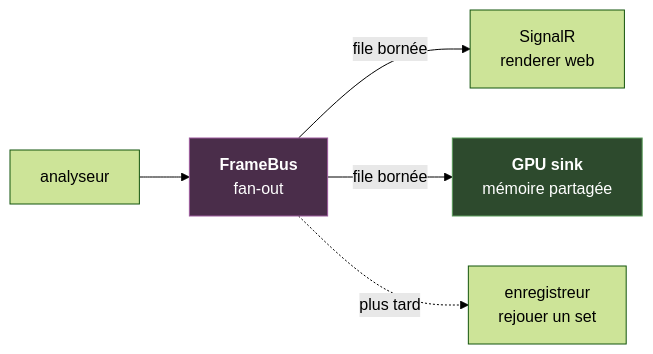
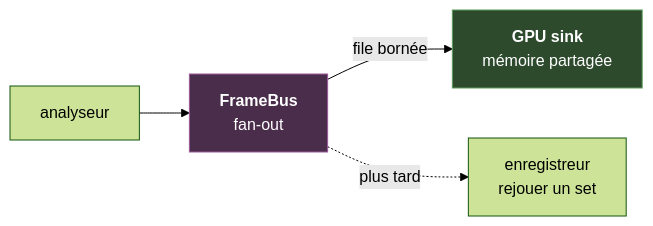
One commit to LiquidSnake0/emotion-emulator changed the sixth of 6 diagrams in README.md. Above: the diagram before and after it, drawn with Mermaid (forest theme). The commit also changed other lines of this file and 23 other files, not shown here.

````diff
--- a/README.md
+++ b/README.md
@@ -1434,10 +1439,9 @@
 ```mermaid
 flowchart LR
     src["analyseur"] --> bus["<b>FrameBus</b><br/>fan-out"]
-    bus -->|"file bornée"| web["SignalR<br/>renderer web"]
     bus -->|"file bornée"| gpu["<b>GPU sink</b><br/>mémoire partagée"]
     bus -.->|"plus tard"| rec["enregistreur<br/>rejouer un set"]
 
     style bus fill:#4a2d4a,stroke:#9c5a9c,color:#fff
     style gpu fill:#2d4a2d,stroke:#5a9c5a,color:#fff
 ```
````
